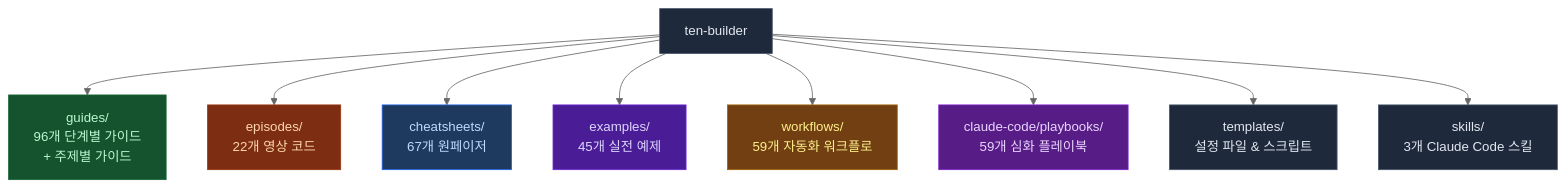
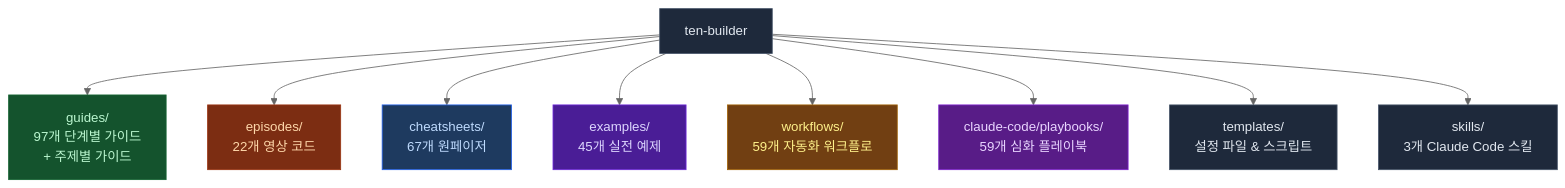
The first of 2 diagrams in README.md (ten-builder/ten-builder), drawn with Mermaid (neutral theme) before and after one commit. The commit also changed other lines of this file, not shown here.

Commit message:
docs: add guides 97, context-engineering cheatsheet, production workflow patterns

````diff
--- a/README.md
+++ b/README.md
@@ -23,21 +23,21 @@
 ```mermaid
 flowchart TD
-    R["ten-builder"] --> G["guides/\n96개 단계별 가이드\n+ 주제별 가이드"]
+    R["ten-builder"] --> G["guides/\n97개 단계별 가이드\n+ 주제별 가이드"]
     R --> E["episodes/\n22개 영상 코드"]
     R --> C["cheatsheets/\n67개 원페이저"]
     R --> EX["examples/\n45개 실전 예제"]
     R --> W["workflows/\n59개 자동화 워크플로"]
     R --> P["claude-code/playbooks/\n59개 심화 플레이북"]
     R --> T["templates/\n설정 파일 & 스크립트"]
     R --> S["skills/\n3개 Claude Code 스킬"]
 
     style R fill:#1e293b,stroke:#475569,color:#e2e8f0
     style G fill:#14532d,stroke:#166534,color:#bbf7d0
     style E fill:#7c2d12,stroke:#9a3412,color:#fed7aa
     style C fill:#1e3a5f,stroke:#2563eb,color:#bfdbfe
     style EX fill:#4a1d96,stroke:#6d28d9,color:#ddd6fe
     style W fill:#713f12,stroke:#a16207,color:#fef08a
     style P fill:#581c87,stroke:#7e22ce,color:#e9d5ff
     style T fill:#1e293b,stroke:#475569,color:#e2e8f0
     style S fill:#1e293b,stroke:#475569,color:#e2e8f0
 ```
````
